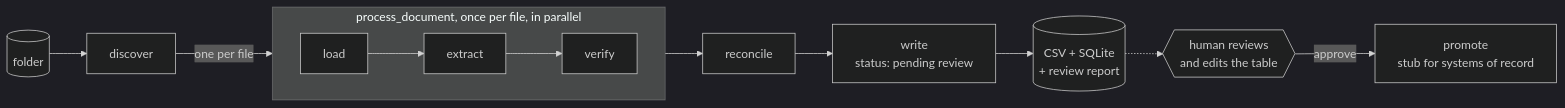
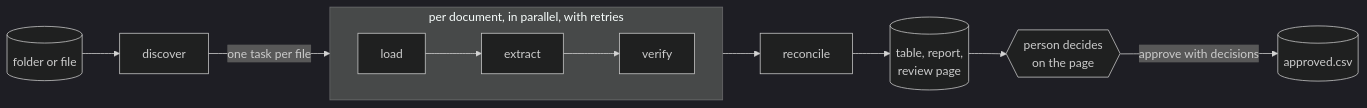
The first of 3 diagrams in PLAN.md (sean-carmody5/docintel), drawn with Mermaid (dark theme) before and after one commit. The commit also changed other lines of this file and 2 other files, not shown here.

````diff
--- a/PLAN.md
+++ b/PLAN.md
@@ -11,14 +11,13 @@
 ```mermaid
 flowchart LR
-  F[(folder)] --> D[discover]
-  D -->|one per file| L
-  subgraph P[process_document, once per file, in parallel]
+  F[(folder or file)] --> D[discover]
+  D -->|one task per file| L
+  subgraph P["per document, in parallel, with retries"]
     direction LR
     L[load] --> X[extract] --> V[verify]
   end
   V --> R[reconcile]
-  R --> W[write<br/>status: pending review]
-  W --> T[(CSV + SQLite<br/>+ review report)]
-  T -.-> H{{human reviews<br/>and edits the table}}
-  H -->|approve| M[promote<br/>stub for systems of record]
+  R --> W[(table, report,<br/>review page)]
+  W --> H{{person decides<br/>on the page}}
+  H -->|approve with decisions| M[(approved.csv)]
 ```
````
